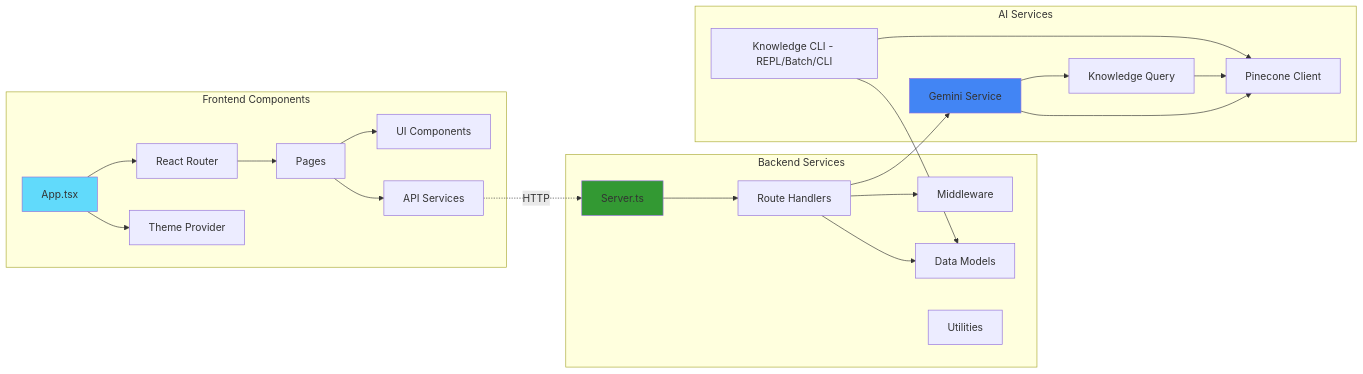
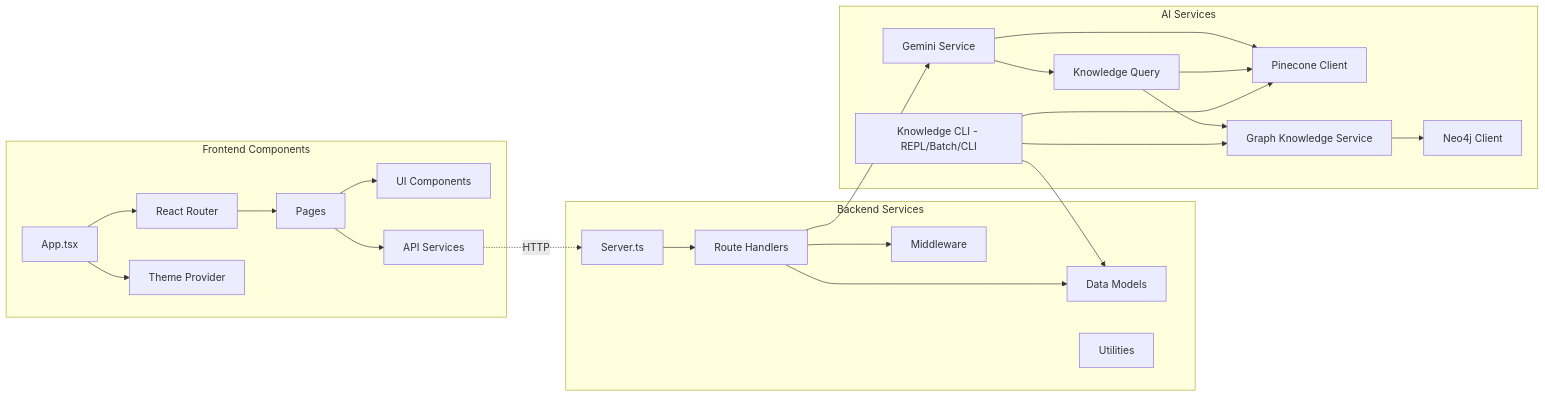
One commit to hoangsonww/AI-RAG-Assistant-Chatbot changed the second of 43 diagrams in ARCHITECTURE.md. Above: the diagram before and after it, drawn with Mermaid. The commit also changed other lines of this file and 32 other files, not shown here.

First line of the commit message:
feat(rag): add hybrid Pinecone+Neo4j retrieval, graph ingestion, and CLI graph management

````diff
--- a/ARCHITECTURE.md
+++ b/ARCHITECTURE.md
@@ -129,48 +143,49 @@
 ```mermaid
 graph LR
     subgraph "Frontend Components"
         App[App.tsx]
         Router[React Router]
         Pages[Pages]
         Components[UI Components]
         Services[API Services]
         Theme[Theme Provider]
     end
 
     subgraph "Backend Services"
         Server[Server.ts]
         Routes[Route Handlers]
         Middleware[Middleware]
         Models[Data Models]
         Utils[Utilities]
     end
 
     subgraph "AI Services"
         GeminiSvc[Gemini Service]
         PineconeSvc[Pinecone Client]
+        Neo4jClient[Neo4j Client]
+        GraphKnowledge[Graph Knowledge Service]
         QueryKnowledge[Knowledge Query]
         KnowledgeCLI[Knowledge CLI - REPL/Batch/CLI]
     end
 
     App --> Router
     Router --> Pages
     Pages --> Components
     Pages --> Services
     App --> Theme
 
     Services -.HTTP.-> Server
     Server --> Routes
     Routes --> Middleware
     Routes --> Models
     Routes --> GeminiSvc
 
     GeminiSvc --> PineconeSvc
     GeminiSvc --> QueryKnowledge
     QueryKnowledge --> PineconeSvc
+    QueryKnowledge --> GraphKnowledge
+    GraphKnowledge --> Neo4jClient
     KnowledgeCLI --> PineconeSvc
+    KnowledgeCLI --> GraphKnowledge
     KnowledgeCLI --> Models
-
-    style App fill:#61DAFB
-    style Server fill:#339933
-    style GeminiSvc fill:#4285F4
 ```
````
